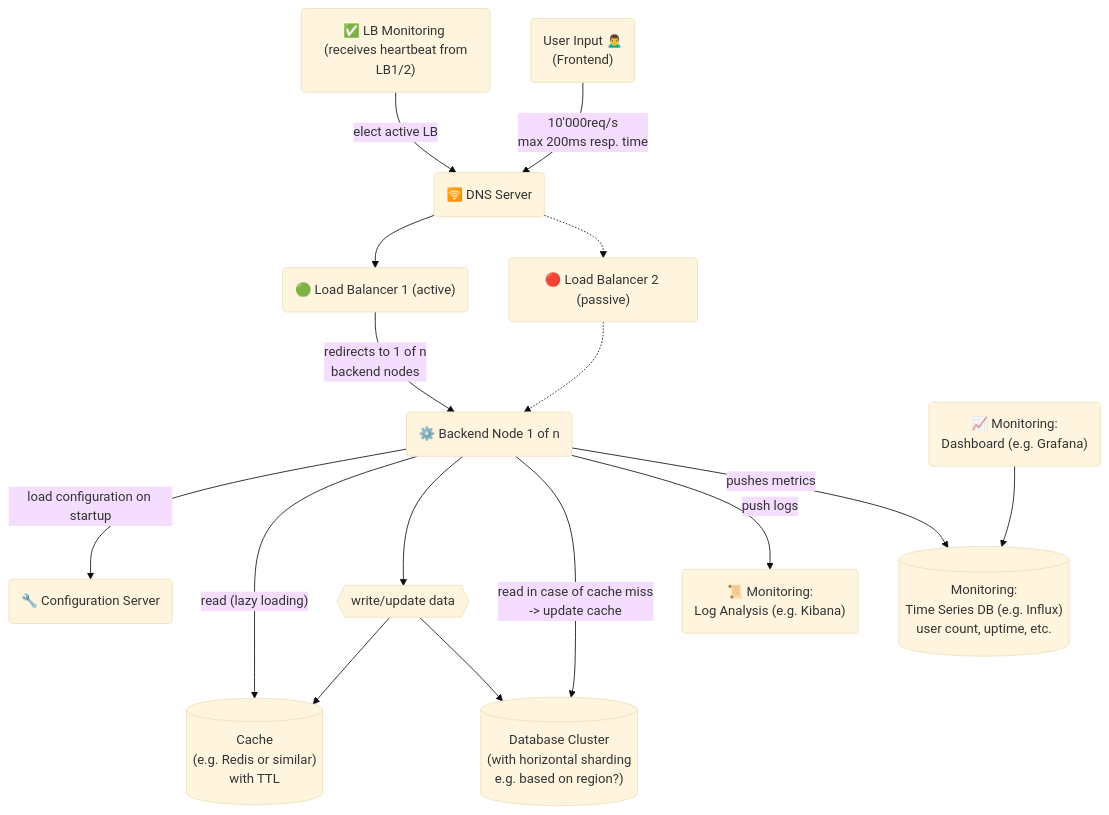
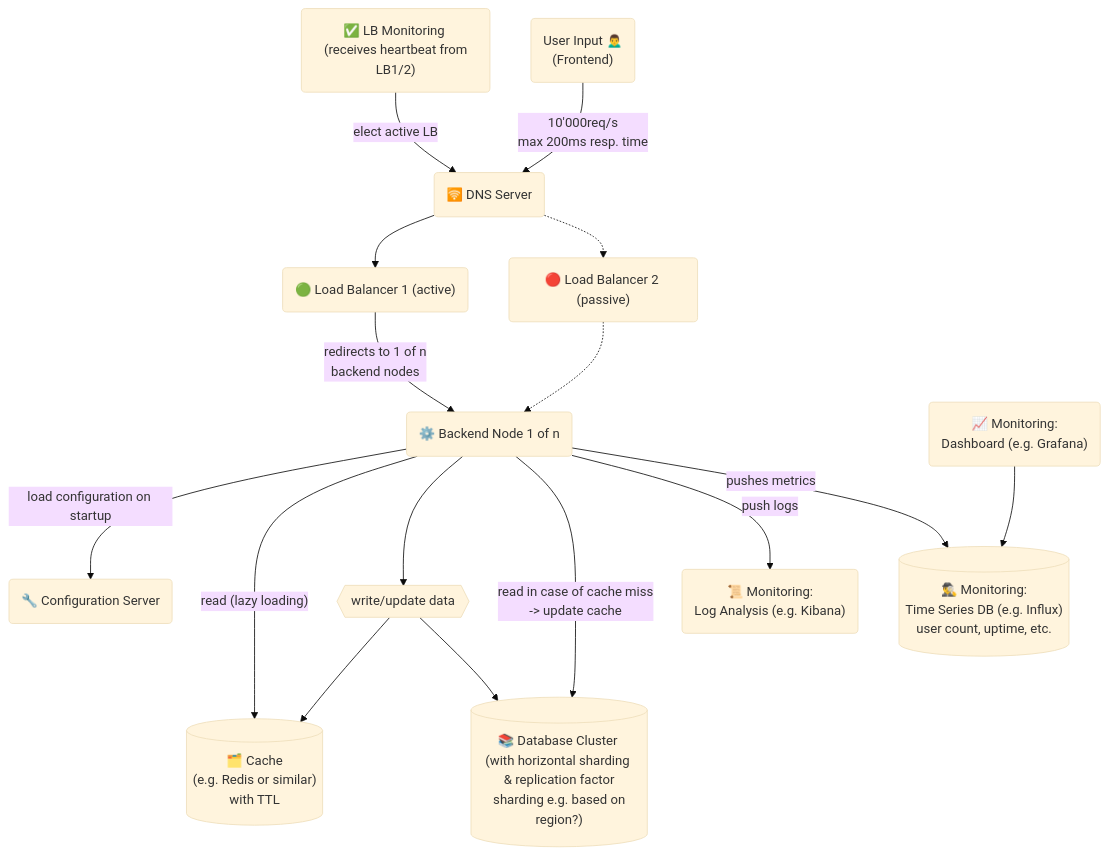
Before and after one commit to aerobless/knowledge: the diagram in programming/architecture-workshop.md, drawn with Mermaid (base theme). The commit also changed other lines of this file, not shown here.

Commit message:
GITBOOK-376: change request with no subject merged in GitBook

````diff
--- a/programming/architecture-workshop.md
+++ b/programming/architecture-workshop.md
@@ -71,38 +71,38 @@
 ```mermaid
 graph TD
 LB1("🟢 Load Balancer 1 (active)")
 LB2("🔴 Load Balancer 2 (passive)")
 
 DNS("🛜 DNS Server")
 LBMonitoring("✅ LB Monitoring \n (receives heartbeat from LB1/2)")
 LBMonitoring --> |elect active LB|DNS
 
 A("User Input 🙍‍♂️ \n (Frontend)")-->|10'000req/s \n max 200ms resp. time|DNS
 DNS --> LB1
 DNS -.-> LB2
 LB1 --> |redirects to 1 of n \n backend nodes|BeNodes("⚙️ Backend Node 1 of n")
 LB2 -.-> BeNodes
 
 Config("🔧 Configuration Server")
 BeNodes --> |load configuration on startup|Config
 
-Cache[("Cache \n (e.g. Redis or similar) \n with TTL")]
+Cache[("🗂️ Cache \n (e.g. Redis or similar) \n with TTL")]
 BeNodes --> |"read (lazy loading)"|Cache
 
-DB[("Database Cluster \n(with horizontal sharding \n e.g. based on region?)")]
+DB[("📚 Database Cluster \n(with horizontal sharding \n & replication factor \n sharding e.g. based on region?)")]
 
 dataWrite{{write/update data}}
 BeNodes --> dataWrite
 dataWrite --> Cache
 dataWrite --> DB
 BeNodes -->|read in case of cache miss \n -> update cache| DB
 
-MonitoringStats[("Monitoring:\n Time Series DB (e.g. Influx) \n user count, uptime, etc.")]
+MonitoringStats[("🕵️‍♂️ Monitoring:\n Time Series DB (e.g. Influx) \n user count, uptime, etc.")]
 MonitoringDashboard("📈 Monitoring:\n Dashboard (e.g. Grafana)")
 MonitoringDashboard --> MonitoringStats
 BeNodes --> |push logs| MonitoringLogs
 BeNodes --> |pushes metrics|MonitoringStats
 
 MonitoringLogs("📜 Monitoring:\n Log Analysis (e.g. Kibana)")
 
 ```
````
